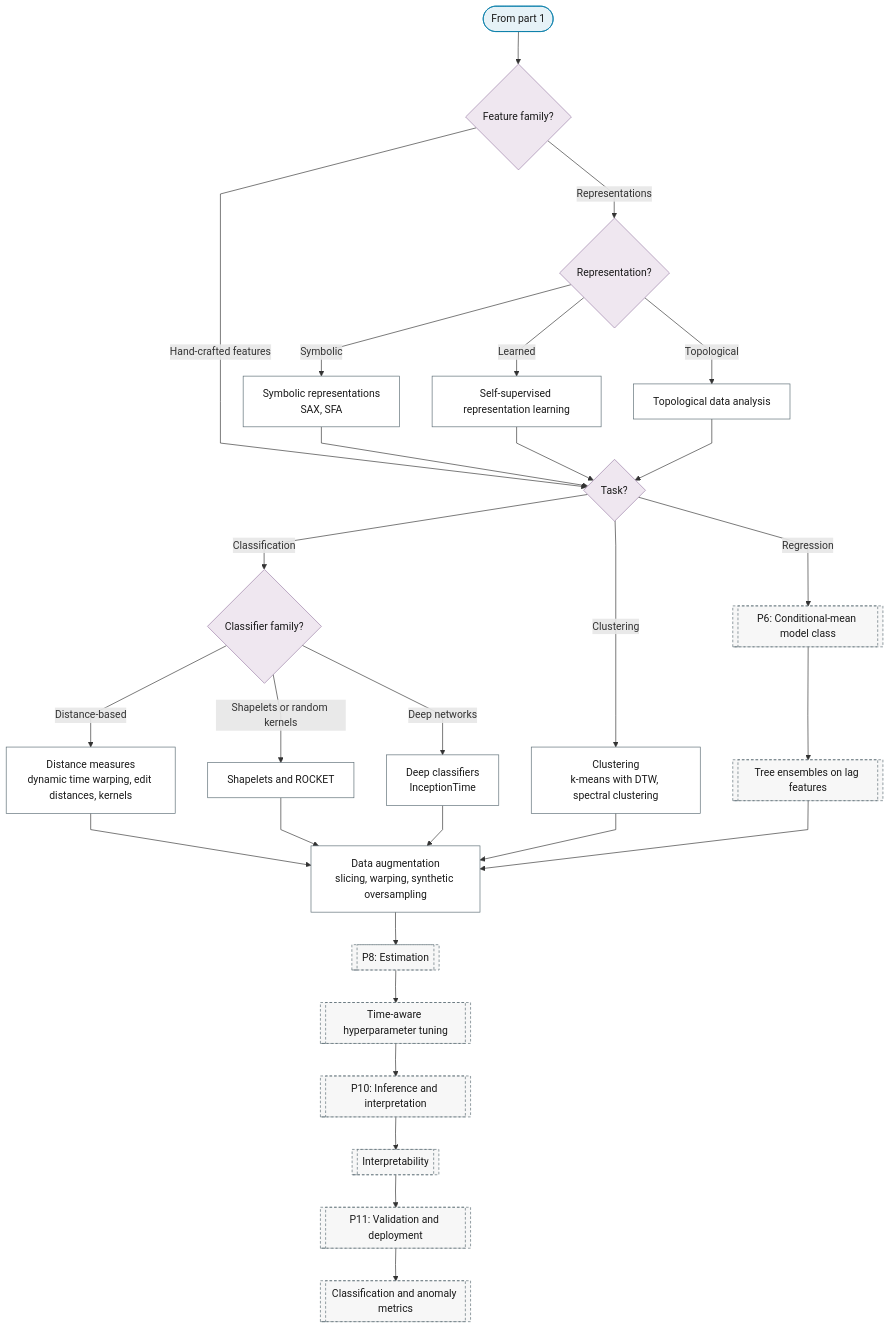
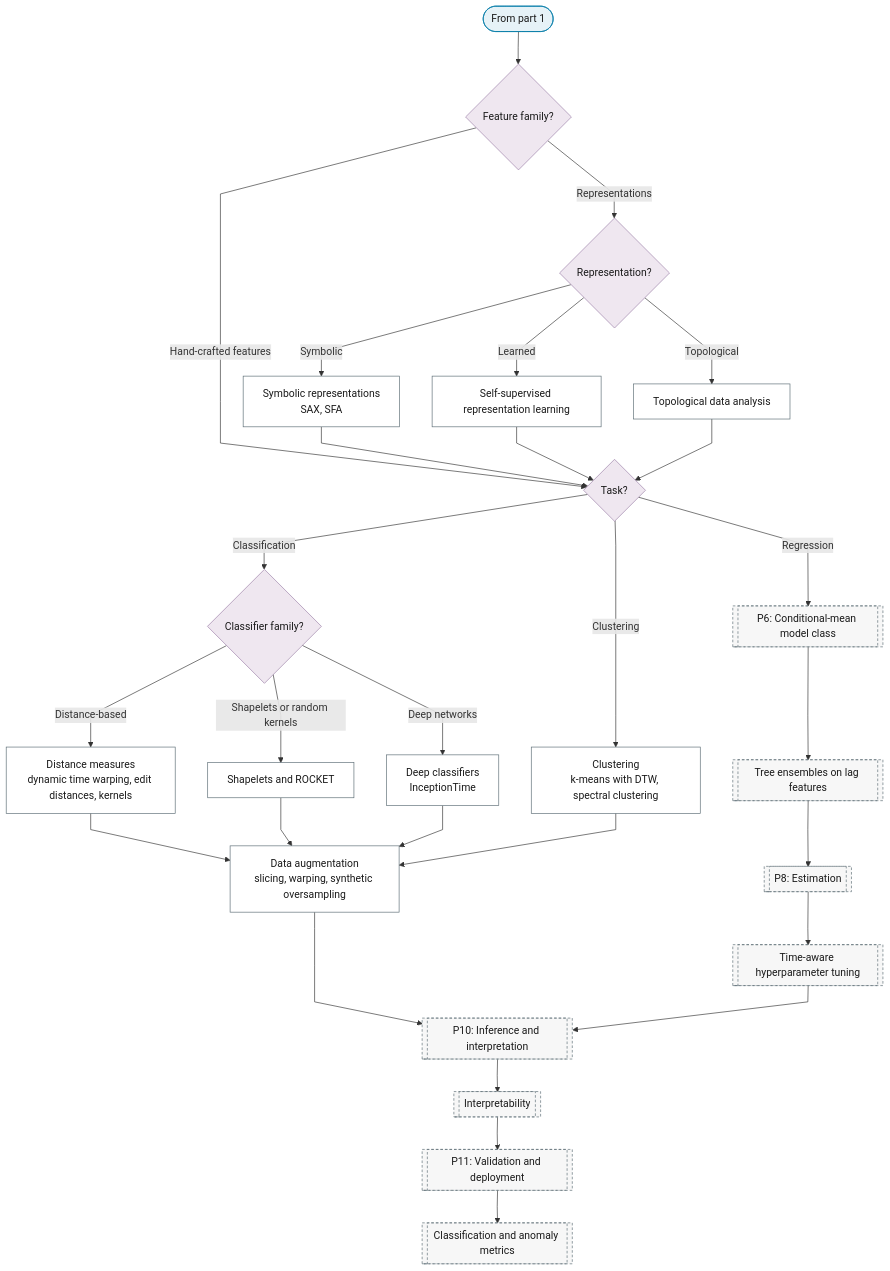
The second of 2 diagrams in docs/01-workflow/p02-purpose/07-feature-extraction-classification.md (Shuxin-Y/time-series-analysis-manual), drawn with Mermaid before and after one commit. The commit also changed 6 other files, not shown here.

First line of the commit message:
fix(flowchart): P6 asks whether a conditional-mean model is the deliverable; no-model paths skip P6 to P9 (rev1 R2-1)

````diff
--- a/docs/01-workflow/p02-purpose/07-feature-extraction-classification.md
+++ b/docs/01-workflow/p02-purpose/07-feature-extraction-classification.md
@@ -36,37 +36,38 @@
 ```mermaid
 %%{init: {"flowchart": {"curve": "linear"}}}%%
 graph TD
     P2_FE_FROM_PART_1(["From part 1"]) --> P2_FE_FEATURE_Q_2{"Feature family?"}
     P2_FE_FEATURE_Q_2 -->|"Representations"| P2_FE_REPRESENTATION{"Representation?"}
     P2_FE_FEATURE_Q_2 -->|"Hand-crafted features"| P2_FE_LEARNER
     P2_FE_REPRESENTATION -->|"Symbolic"| P2_FE_SYMBOLIC["Symbolic representations<br/>SAX, SFA"]
     P2_FE_REPRESENTATION -->|"Learned"| P2_FE_REPRESENTATION_LEARNING["Self-supervised representation learning"]
     P2_FE_REPRESENTATION -->|"Topological"| P2_FE_TDA["Topological data analysis"]
     P2_FE_SYMBOLIC & P2_FE_REPRESENTATION_LEARNING & P2_FE_TDA --> P2_FE_LEARNER{"Task?"}
     P2_FE_LEARNER -->|"Classification"| P2_FE_CLASSIFIER{"Classifier family?"}
     P2_FE_CLASSIFIER -->|"Distance-based"| P2_FE_DISTANCES["Distance measures<br/>dynamic time warping, edit distances, kernels"]
     P2_FE_CLASSIFIER -->|"Shapelets or random kernels"| P2_FE_SHAPELETS["Shapelets and ROCKET"]
     P2_FE_CLASSIFIER -->|"Deep networks"| P2_FE_DEEP_CLASSIFIERS["Deep classifiers<br/>InceptionTime"]
     P2_FE_LEARNER -->|"Clustering"| P2_FE_CLUSTERING["Clustering<br/>k-means with DTW, spectral clustering"]
     P2_FE_LEARNER -->|"Regression"| P6[["P6: Conditional-mean model class"]]
     P6 --> P6_TREE_ENSEMBLES[["Tree ensembles on lag features"]]
-    P2_FE_DISTANCES & P2_FE_SHAPELETS & P2_FE_DEEP_CLASSIFIERS & P2_FE_CLUSTERING & P6_TREE_ENSEMBLES --> P2_FE_AUGMENTATION["Data augmentation<br/>slicing, warping, synthetic oversampling"]
-    P2_FE_AUGMENTATION --> P8[["P8: Estimation"]]
+    P2_FE_DISTANCES & P2_FE_SHAPELETS & P2_FE_DEEP_CLASSIFIERS & P2_FE_CLUSTERING --> P2_FE_AUGMENTATION["Data augmentation<br/>slicing, warping, synthetic oversampling"]
+    P2_FE_AUGMENTATION --> P10[["P10: Inference and interpretation"]]
+    P6_TREE_ENSEMBLES --> P8[["P8: Estimation"]]
     P8 --> P8_HYPERPARAMETERS[["Time-aware hyperparameter tuning"]]
-    P8_HYPERPARAMETERS --> P10[["P10: Inference and interpretation"]]
+    P8_HYPERPARAMETERS --> P10
     P10 --> P10_INTERPRETABILITY[["Interpretability"]]
     P10_INTERPRETABILITY --> P11[["P11: Validation and deployment"]]
     P11 --> P11_CLASSIFICATION_METRICS[["Classification and anomaly metrics"]]
     class P2_FE_FROM_PART_1 terminator
     class P2_FE_FEATURE_Q_2,P2_FE_REPRESENTATION,P2_FE_LEARNER,P2_FE_CLASSIFIER decision
     class P2_FE_SYMBOLIC,P2_FE_REPRESENTATION_LEARNING,P2_FE_TDA,P2_FE_DISTANCES,P2_FE_SHAPELETS,P2_FE_DEEP_CLASSIFIERS,P2_FE_CLUSTERING,P2_FE_AUGMENTATION process
-    class P6,P6_TREE_ENSEMBLES,P8,P8_HYPERPARAMETERS,P10,P10_INTERPRETABILITY,P11,P11_CLASSIFICATION_METRICS ref
+    class P6,P6_TREE_ENSEMBLES,P10,P8,P8_HYPERPARAMETERS,P10_INTERPRETABILITY,P11,P11_CLASSIFICATION_METRICS ref
     classDef terminator fill:#E6F2F7,stroke:#007BA7,color:#1A1A1A;
     classDef process fill:#FFFFFF,stroke:#5A6B73,color:#1A1A1A;
     classDef decision fill:#EFE7F0,stroke:#9B7FA7,color:#1A1A1A;
     classDef data fill:#FFF4E0,stroke:#C9A55E,color:#1A1A1A;
     classDef good fill:#DCEFD8,stroke:#4A7A3F,color:#1A1A1A;
     classDef escalate fill:#FFE9C2,stroke:#C9A55E,color:#1A1A1A;
     classDef problem fill:#F2D9DE,stroke:#800020,color:#1A1A1A;
     classDef ref fill:#F7F7F7,stroke:#5A6B73,color:#1A1A1A,stroke-dasharray:4 3;
 ```
````
